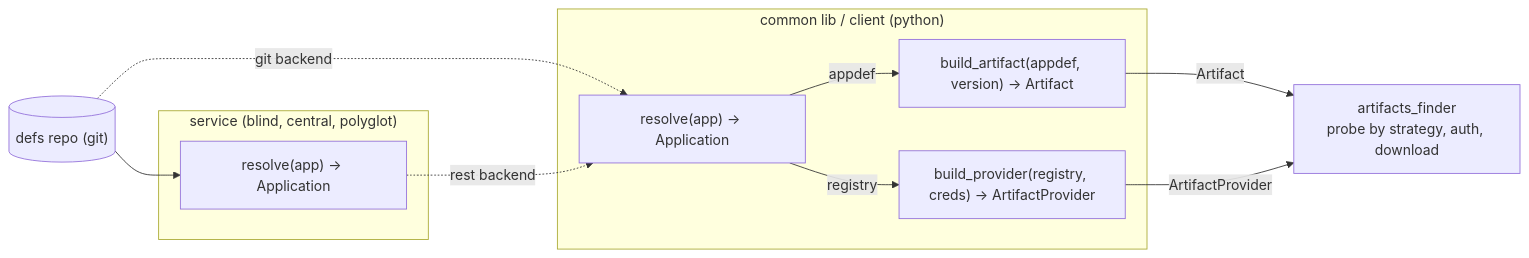
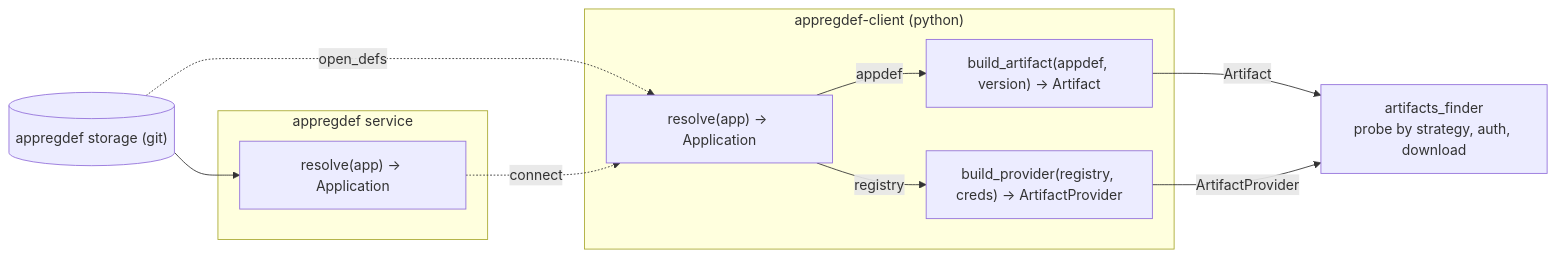
One commit to Netcracker/qubership-envgene changed the diagram in docs/analysis/app-reg-def/resolver-contract.md. Above: the diagram before and after it, drawn with Mermaid. The commit also changed 8 other files, not shown here.

First line of the commit message:
docs: align naming with the diagram and restore AppDef and RegDef in the model

````diff
--- a/docs/analysis/app-reg-def/resolver-contract.md
+++ b/docs/analysis/app-reg-def/resolver-contract.md
@@ -7,20 +7,20 @@
 ```mermaid
 flowchart LR
-  repo[("defs repo (git)")]
-  subgraph svc["service (blind, central, polyglot)"]
+  repo[("appregdef storage (git)")]
+  subgraph svc["appregdef service"]
     sr["resolve(app) -> Application"]
   end
-  subgraph client["common lib / client (python)"]
+  subgraph client["appregdef-client (python)"]
     cr["resolve(app) -> Application"]
     ba["build_artifact(appdef, version) -> Artifact"]
     bp["build_provider(registry, creds) -> ArtifactProvider"]
   end
   af["artifacts_finder<br/>probe by strategy, auth, download"]
   repo --> sr
-  repo -. "git backend" .-> cr
-  sr -. "rest backend" .-> cr
+  repo -. "open_defs" .-> cr
+  sr -. "connect" .-> cr
   cr -->|appdef| ba
   cr -->|registry| bp
   ba -->|Artifact| af
   bp -->|ArtifactProvider| af
 ```
````
